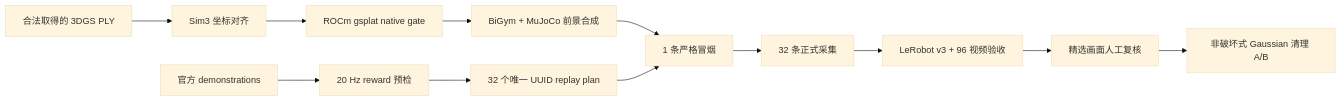
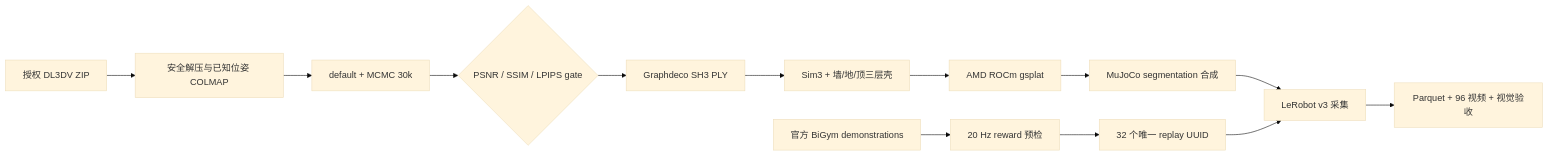
The diagram in README.zh-CN.md (eust-w/amd-bigym-3dgs-rocm), drawn with Mermaid (base theme) before and after one commit. The commit also changed other lines of this file and 34 other files, not shown here.

````diff
--- a/README.zh-CN.md
+++ b/README.zh-CN.md
@@ -33,14 +43,15 @@
 ```mermaid
 flowchart LR
-  A[合法取得的 3DGS PLY] --> B[Sim3 坐标对齐]
-  B --> C[ROCm gsplat native gate]
-  C --> D[BiGym + MuJoCo 前景合成]
-  E[官方 demonstrations] --> F[20 Hz reward 预检]
-  F --> G[32 个唯一 UUID replay plan]
-  D --> H[1 条严格冒烟]
-  G --> H
-  H --> I[32 条正式采集]
-  I --> J[LeRobot v3 + 96 视频验收]
-  J --> K[精选画面人工复核]
-  K --> L[非破坏式 Gaussian 清理 A/B]
+  A[授权 DL3DV ZIP] --> B[安全解压与已知位姿 COLMAP]
+  B --> C[default + MCMC 30k]
+  C --> D{PSNR / SSIM / LPIPS gate}
+  D --> E[Graphdeco SH3 PLY]
+  E --> F[Sim3 + 墙/地/顶三层壳]
+  F --> G[AMD ROCm gsplat]
+  G --> H[MuJoCo segmentation 合成]
+  I[官方 BiGym demonstrations] --> J[20 Hz reward 预检]
+  J --> K[32 个唯一 replay UUID]
+  H --> L[LeRobot v3 采集]
+  K --> L
+  L --> M[Parquet + 96 视频 + 视觉验收]
 ```
````
